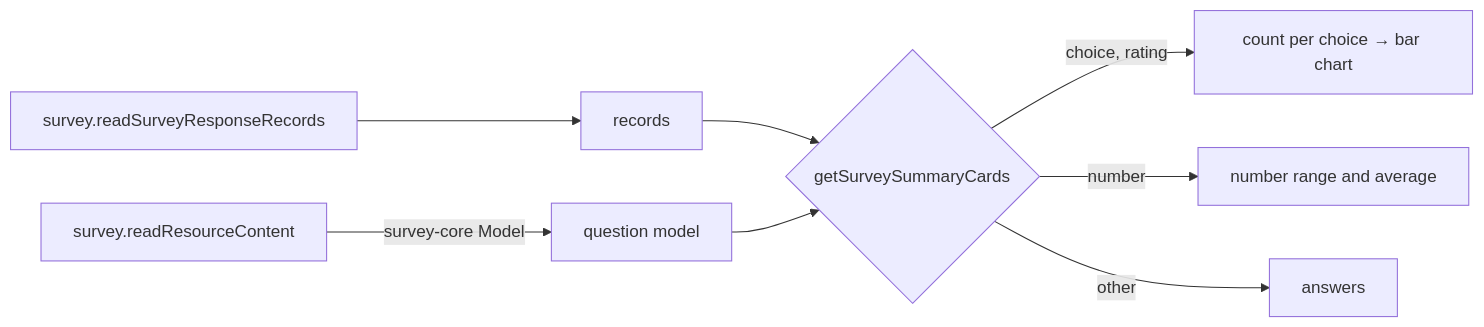
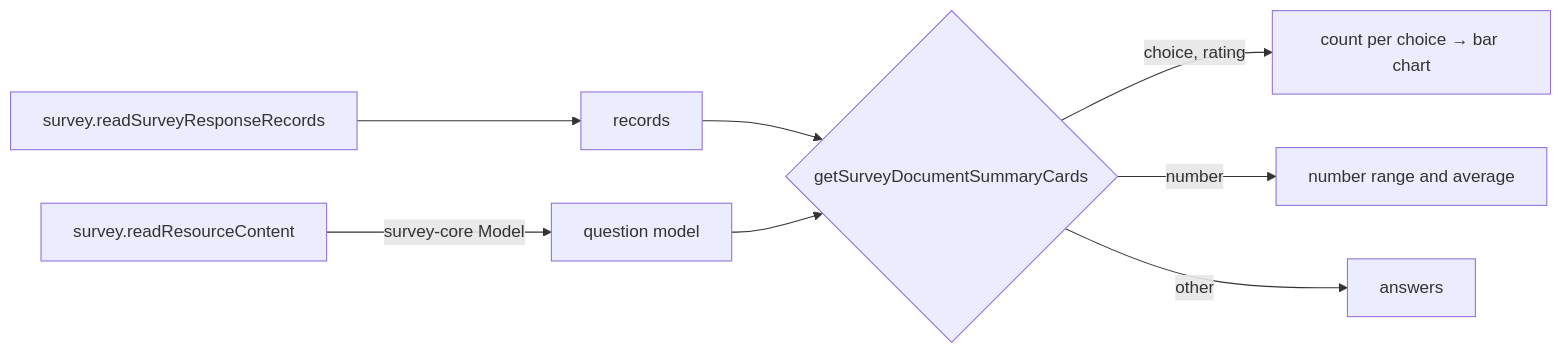
One commit to Esposter/Esposter changed the diagram in openspec/specs/resource/survey-response-summary/design.md. Above: the diagram before and after it, drawn with Mermaid. The commit also changed other lines of this file and 1 other file, not shown here.

First line of the commit message:
docs(openspec): survey specs name the document renames the code made

````diff
--- a/openspec/specs/resource/survey-response-summary/design.md
+++ b/openspec/specs/resource/survey-response-summary/design.md
@@ -24,10 +24,10 @@
 ```mermaid
 flowchart LR
   READ["survey.readSurveyResponseRecords"] --> REC[records]
   CONTENT["survey.readResourceContent"] -->|"survey-core Model"| Q[question model]
-  REC --> AGG{getSurveySummaryCards}
+  REC --> AGG{getSurveyDocumentSummaryCards}
   Q --> AGG
   AGG -->|choice, rating| BAR[count per choice → bar chart]
   AGG -->|number| STAT["number range and average"]
   AGG -->|other| LIST[answers]
 ```
````
